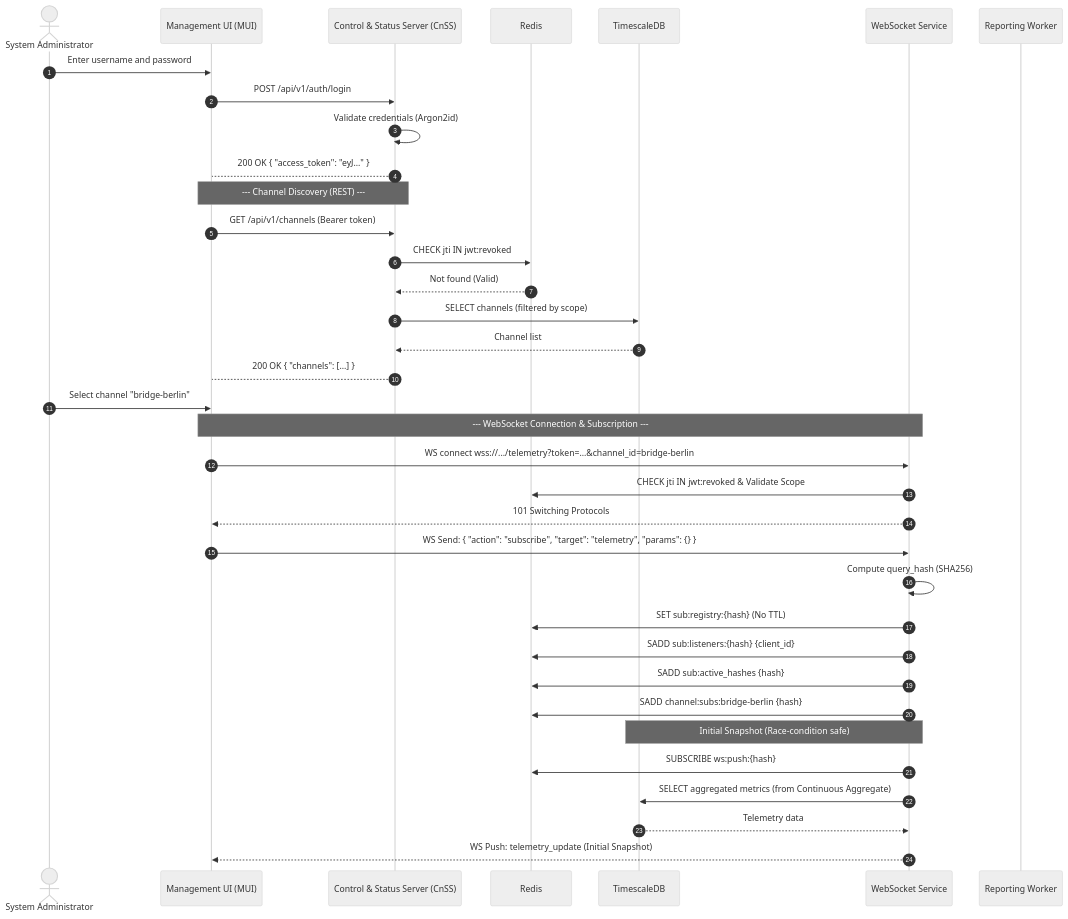
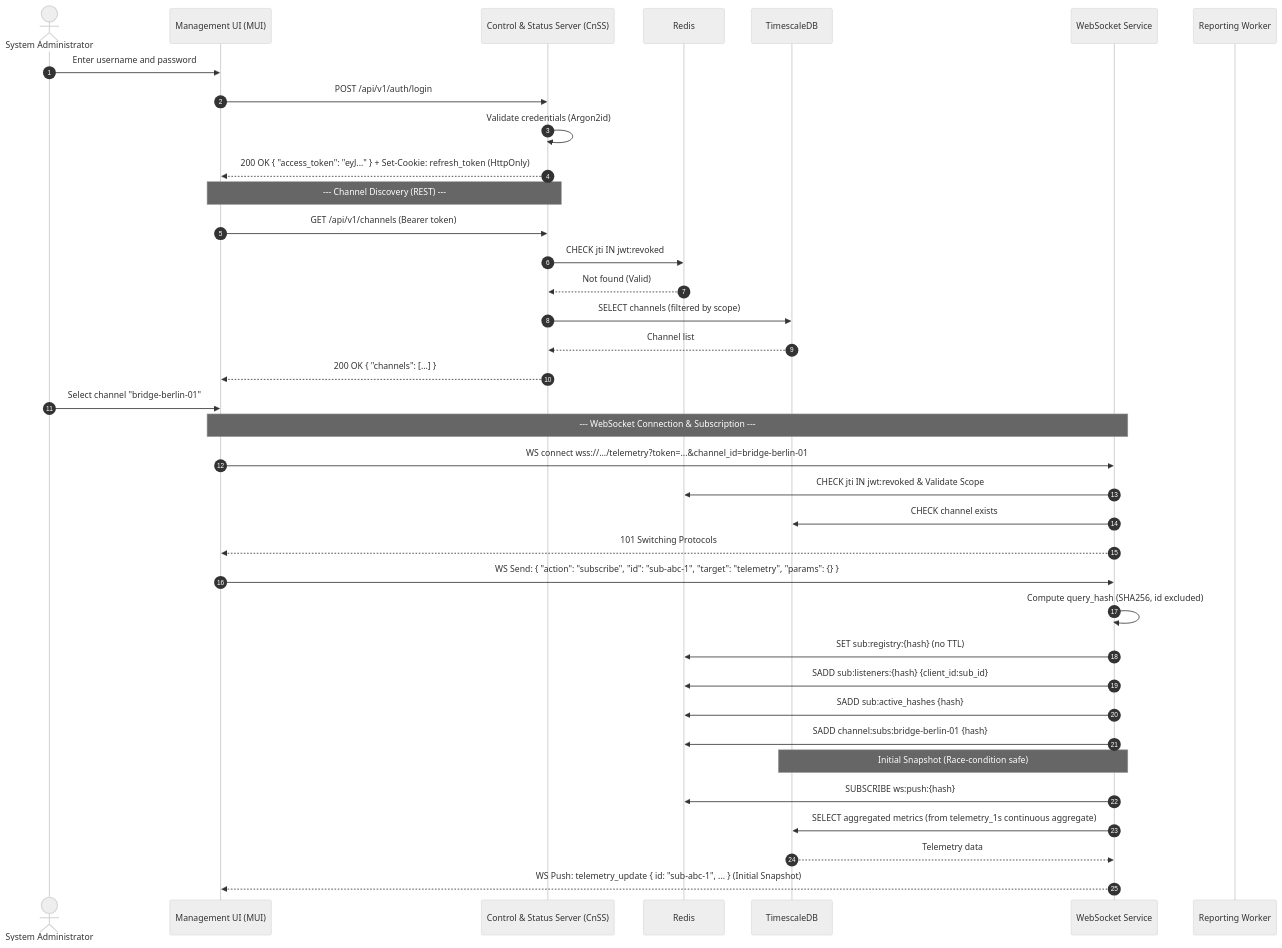
Before and after one commit to SWP-47/traffic-processing-platform: the first of 5 diagrams in docs/system-documentation.md, drawn with Mermaid (neutral theme). The commit also changed other lines of this file and 4 other files, not shown here.

````diff
--- a/docs/system-documentation.md
+++ b/docs/system-documentation.md
@@ -111,44 +228,45 @@
 ```mermaid
 sequenceDiagram
     autonumber
     actor Admin as System Administrator
     participant MUI as Management UI (MUI)
     participant CnSS as Control & Status Server (CnSS)
     participant Redis as Redis
     participant DB as TimescaleDB
     participant WS as WebSocket Service
     participant Report as Reporting Worker
 
     Admin->>MUI: Enter username and password
     MUI->>CnSS: POST /api/v1/auth/login
     CnSS->>CnSS: Validate credentials (Argon2id)
-    CnSS-->MUI: 200 OK { "access_token": "eyJ..." }
+    CnSS-->>MUI: 200 OK { "access_token": "eyJ..." } + Set-Cookie: refresh_token (HttpOnly)
     
     Note over MUI,CnSS: --- Channel Discovery (REST) ---
     MUI->>CnSS: GET /api/v1/channels (Bearer token)
     CnSS->>Redis: CHECK jti IN jwt:revoked
     Redis-->>CnSS: Not found (Valid)
     CnSS->>DB: SELECT channels (filtered by scope)
     DB-->>CnSS: Channel list
-    CnSS-->MUI: 200 OK { "channels": [...] }
+    CnSS-->>MUI: 200 OK { "channels": [...] }
 
-    Admin->>MUI: Select channel "bridge-berlin"
+    Admin->>MUI: Select channel "bridge-berlin-01"
     
     Note over MUI,WS: --- WebSocket Connection & Subscription ---
-    MUI->>WS: WS connect wss://.../telemetry?token=...&channel_id=bridge-berlin
+    MUI->>WS: WS connect wss://.../telemetry?token=...&channel_id=bridge-berlin-01
     WS->>Redis: CHECK jti IN jwt:revoked & Validate Scope
+    WS->>DB: CHECK channel exists
     WS-->>MUI: 101 Switching Protocols
     
-    MUI->>WS: WS Send: { "action": "subscribe", "target": "telemetry", "params": {} }
-    WS->>WS: Compute query_hash (SHA256)
-    WS->>Redis: SET sub:registry:{hash} (No TTL)
-    WS->>Redis: SADD sub:listeners:{hash} {client_id}
+    MUI->>WS: WS Send: { "action": "subscribe", "id": "sub-abc-1", "target": "telemetry", "params": {} }
+    WS->>WS: Compute query_hash (SHA256, id excluded)
+    WS->>Redis: SET sub:registry:{hash} (no TTL)
+    WS->>Redis: SADD sub:listeners:{hash} {client_id:sub_id}
     WS->>Redis: SADD sub:active_hashes {hash}
-    WS->>Redis: SADD channel:subs:bridge-berlin {hash}
+    WS->>Redis: SADD channel:subs:bridge-berlin-01 {hash}
     
     Note over WS,DB: Initial Snapshot (Race-condition safe)
     WS->>Redis: SUBSCRIBE ws:push:{hash}
-    WS->>DB: SELECT aggregated metrics (from Continuous Aggregate)
+    WS->>DB: SELECT aggregated metrics (from telemetry_1s continuous aggregate)
     DB-->>WS: Telemetry data
-    WS-->>MUI: WS Push: telemetry_update (Initial Snapshot)
+    WS-->>MUI: WS Push: telemetry_update { id: "sub-abc-1", ... } (Initial Snapshot)
 ```
````
